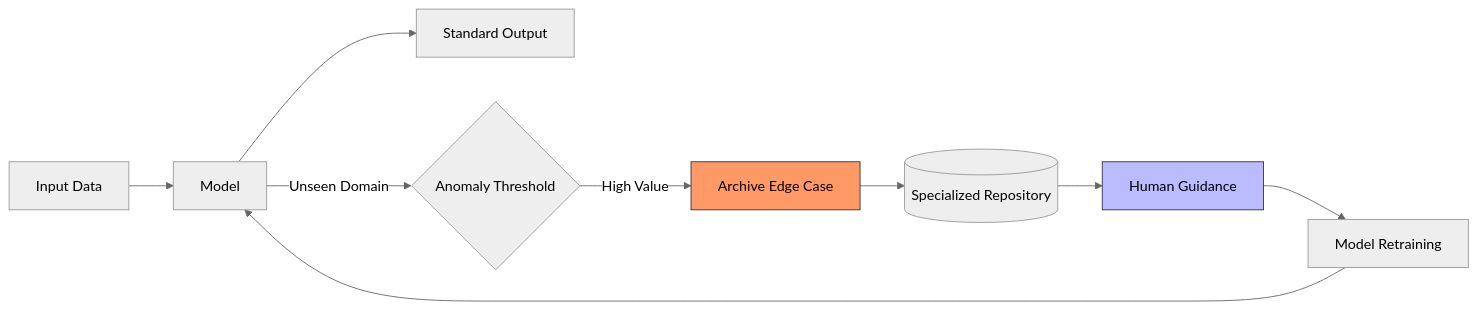
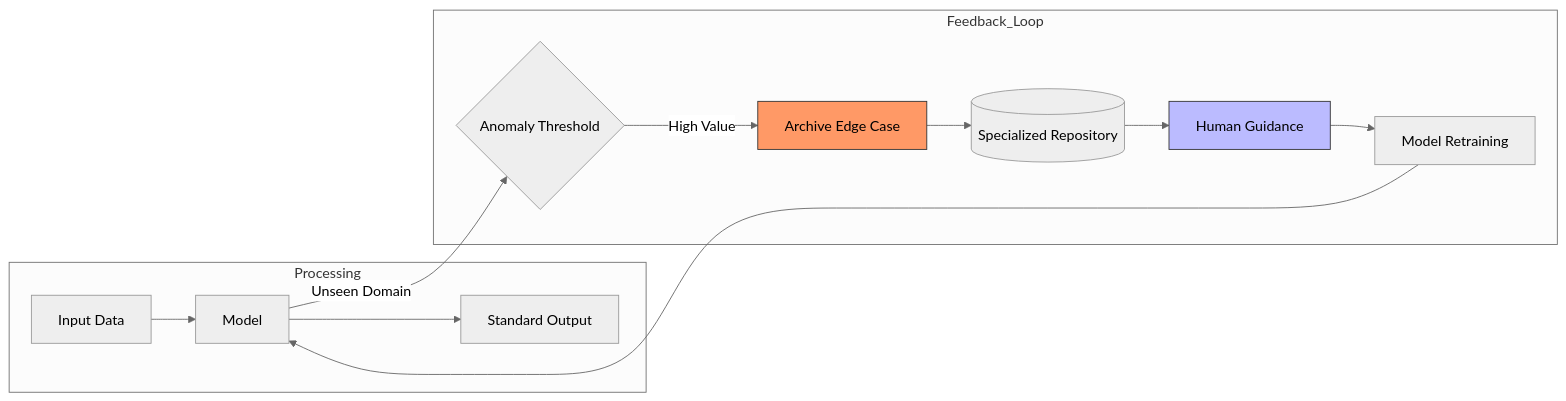
Before and after one commit to eadali/eadali.github.io: the diagram in docs/research/index.md, drawn with Mermaid (neutral theme).

````diff
--- a/docs/research/index.md
+++ b/docs/research/index.md
@@ -27,17 +27,19 @@
 ```mermaid
 flowchart LR
-    I["Input Data"] --> M[Model]
-    M --> O["Standard Output"]
-    
-    M -- "Unseen Domain" --> D{"Anomaly Threshold"}
-    
-    D -- "High Value" --> S["Archive Edge Case"]
-    S --> MS[("Specialized Repository")]
-    
-    MS --> H["Human Guidance"]
-    H --> T["Model Retraining"]
-    T --> M
-    
+    subgraph Processing
+        I["Input Data"] --> M[Model]
+        M --> O["Standard Output"]
+    end
+
+    subgraph Feedback_Loop
+        M -- "Unseen Domain" --> D{"Anomaly Threshold"}
+        D -- "High Value" --> S["Archive Edge Case"]
+        S --> MS[("Specialized Repository")]
+        MS --> H["Human Guidance"]
+        H --> T["Model Retraining"]
+        T --> M
+    end
+
     style S fill:#f96,stroke:#333
     style H fill:#bbf,stroke:#333
 ```
````
